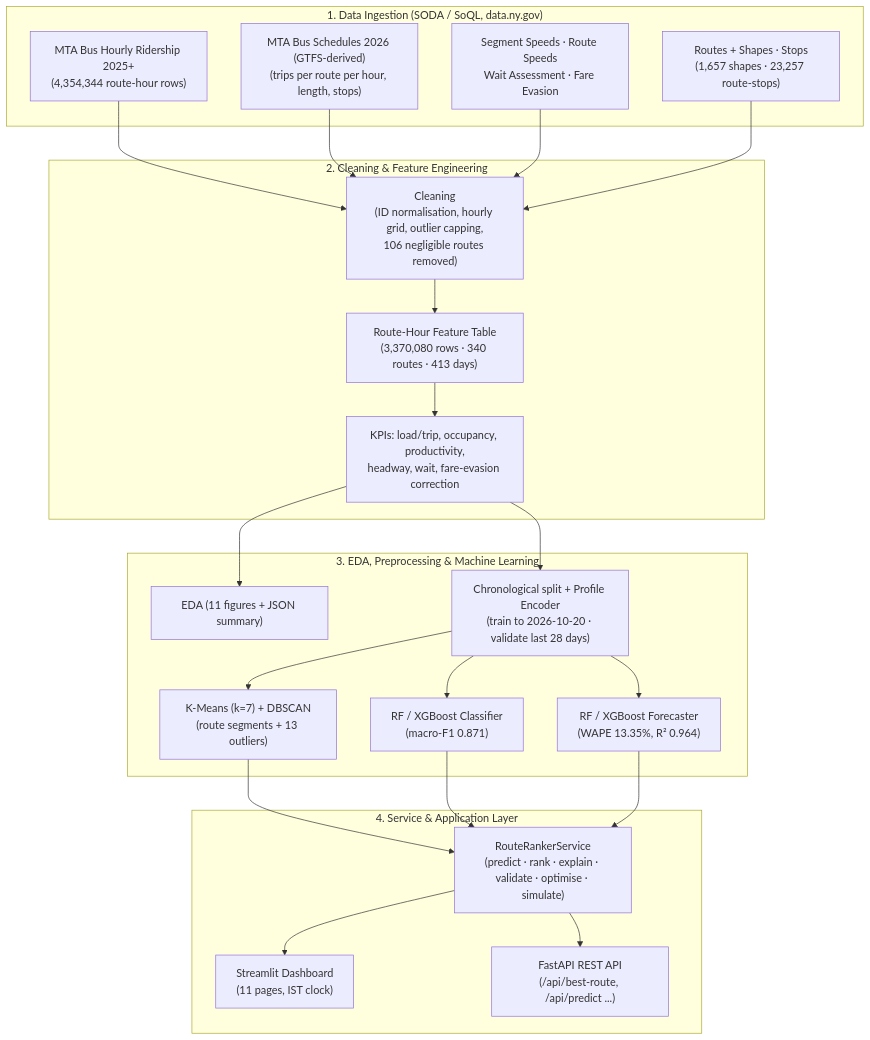
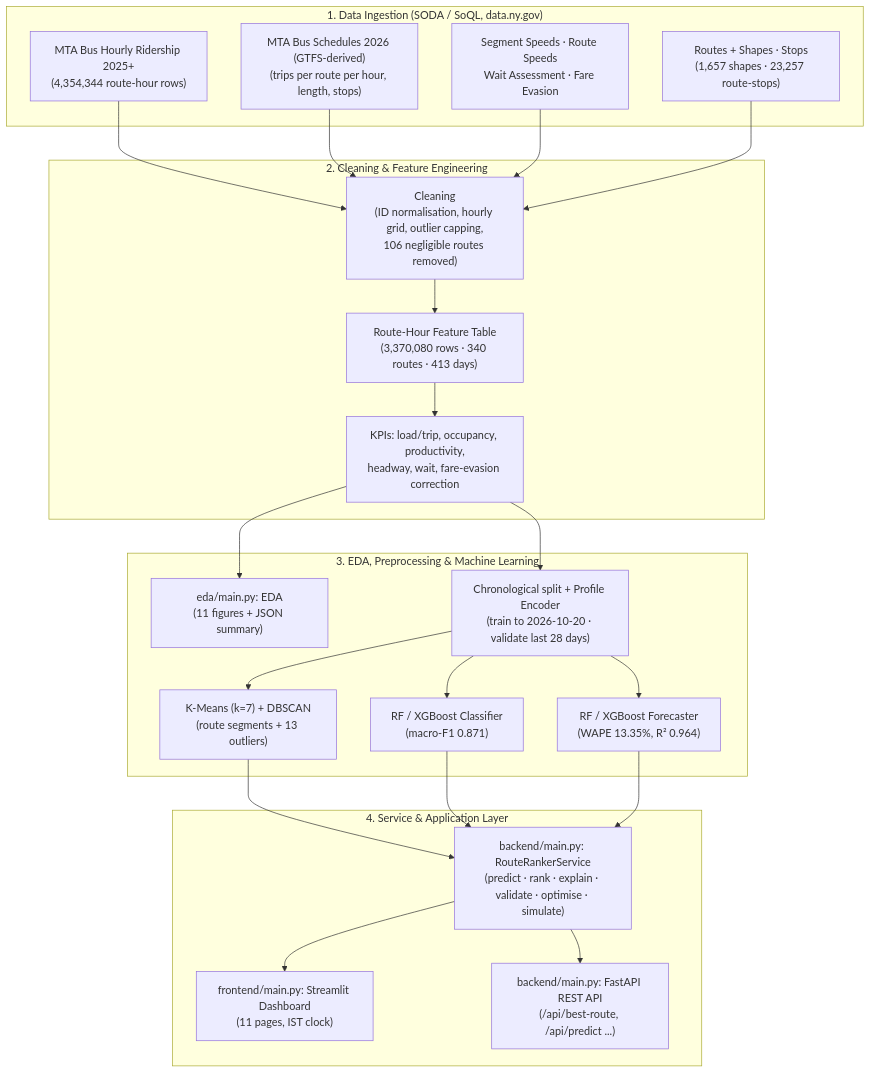
Before and after one commit to springboardmentor441p-coderr/Powered-Public-Transit-Route-Optimization: the first of 2 diagrams in README.md, drawn with Mermaid. The commit also changed other lines of this file and 83 other files, not shown here.

First line of the commit message:
Restructure into backend/, eda/ and frontend/ folders with one main.py each

````diff
--- a/README.md
+++ b/README.md
@@ -30,46 +38,46 @@
 ```mermaid
 flowchart TD
     subgraph Ingestion ["1. Data Ingestion (SODA / SoQL, data.ny.gov)"]
         A["MTA Bus Hourly Ridership 2025+<br/>(4,354,344 route-hour rows)"]
         B["MTA Bus Schedules 2026 (GTFS-derived)<br/>(trips per route per hour, length, stops)"]
         C["Segment Speeds · Route Speeds<br/>Wait Assessment · Fare Evasion"]
         D["Routes + Shapes · Stops<br/>(1,657 shapes · 23,257 route-stops)"]
     end
 
     subgraph Processing ["2. Cleaning & Feature Engineering"]
         E["Cleaning<br/>(ID normalisation, hourly grid, outlier capping,<br/>106 negligible routes removed)"]
         F["Route-Hour Feature Table<br/>(3,370,080 rows · 340 routes · 413 days)"]
         G["KPIs: load/trip, occupancy, productivity,<br/>headway, wait, fare-evasion correction"]
     end
 
     subgraph ML ["3. EDA, Preprocessing & Machine Learning"]
-        H["EDA (11 figures + JSON summary)"]
+        H["eda/main.py: EDA<br/>(11 figures + JSON summary)"]
         I["Chronological split + Profile Encoder<br/>(train to 2026-10-20 · validate last 28 days)"]
         J["K-Means (k=7) + DBSCAN<br/>(route segments + 13 outliers)"]
         K["RF / XGBoost Classifier<br/>(macro-F1 0.871)"]
         L["RF / XGBoost Forecaster<br/>(WAPE 13.35%, R² 0.964)"]
     end
 
     subgraph App ["4. Service & Application Layer"]
-        M["RouteRankerService<br/>(predict · rank · explain · validate · optimise · simulate)"]
-        N["Streamlit Dashboard<br/>(11 pages, IST clock)"]
-        O["FastAPI REST API<br/>(/api/best-route, /api/predict ...)"]
+        M["backend/main.py: RouteRankerService<br/>(predict · rank · explain · validate · optimise · simulate)"]
+        N["frontend/main.py: Streamlit Dashboard<br/>(11 pages, IST clock)"]
+        O["backend/main.py: FastAPI REST API<br/>(/api/best-route, /api/predict ...)"]
     end
 
     A --> E
     B --> E
     C --> E
     D --> E
     E --> F
     F --> G
     G --> H
     G --> I
     I --> J
     I --> K
     I --> L
     J --> M
     K --> M
     L --> M
     M --> N
     M --> O
 ```
````
